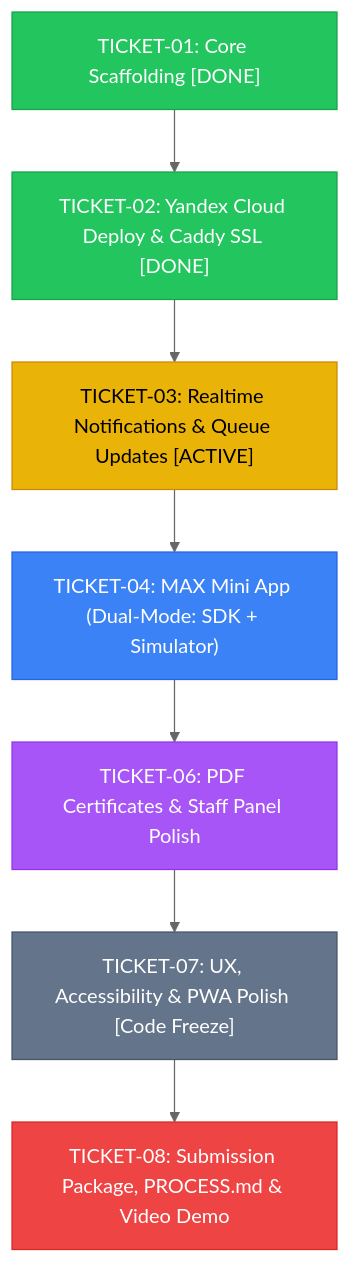
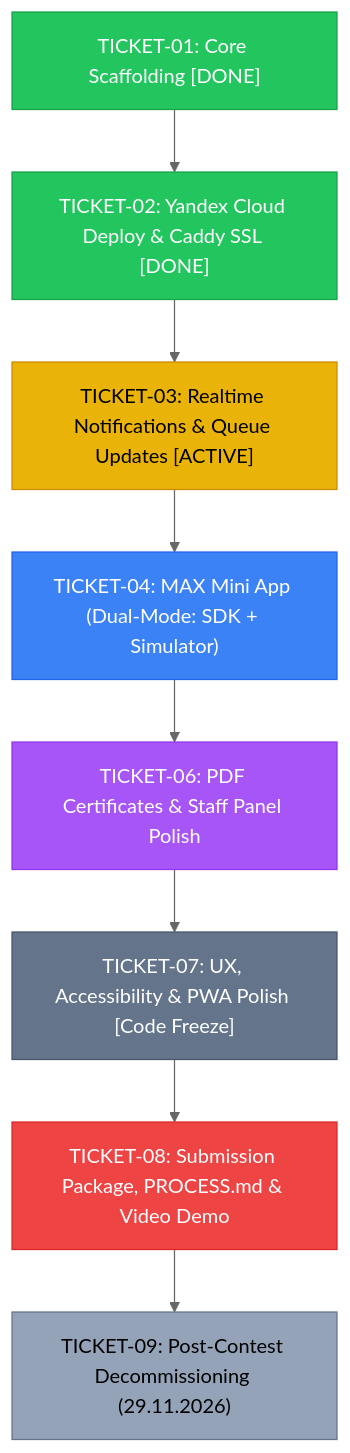
The diagram in docs/STATE.md (Nek1yZakhar/dekanat), drawn with Mermaid (neutral theme) before and after one commit. The commit also changed other lines of this file and 6 other files, not shown here.

````diff
--- a/docs/STATE.md
+++ b/docs/STATE.md
@@ -63,17 +63,19 @@
 ```mermaid
 graph TD
     T01["TICKET-01: Core Scaffolding [DONE]"] --> T02["TICKET-02: Yandex Cloud Deploy & Caddy SSL [DONE]"]
     T02 --> T03["TICKET-03: Realtime Notifications & Queue Updates [ACTIVE]"]
     T03 --> T04["TICKET-04: MAX Mini App (Dual-Mode: SDK + Simulator)"]
     T04 --> T06["TICKET-06: PDF Certificates & Staff Panel Polish"]
     T06 --> T07["TICKET-07: UX, Accessibility & PWA Polish [Code Freeze]"]
     T07 --> T08["TICKET-08: Submission Package, PROCESS.md & Video Demo"]
+    T08 --> T09["TICKET-09: Post-Contest Decommissioning (29.11.2026)"]
 
     style T01 fill:#22c55e,stroke:#16a34a,color:#fff
     style T02 fill:#22c55e,stroke:#16a34a,color:#fff
     style T03 fill:#eab308,stroke:#ca8a04,color:#000
     style T04 fill:#3b82f6,stroke:#2563eb,color:#fff
     style T06 fill:#a855f7,stroke:#9333ea,color:#fff
     style T07 fill:#64748b,stroke:#475569,color:#fff
     style T08 fill:#ef4444,stroke:#dc2626,color:#fff
+    style T09 fill:#94a3b8,stroke:#64748b,color:#000
 ```
````
